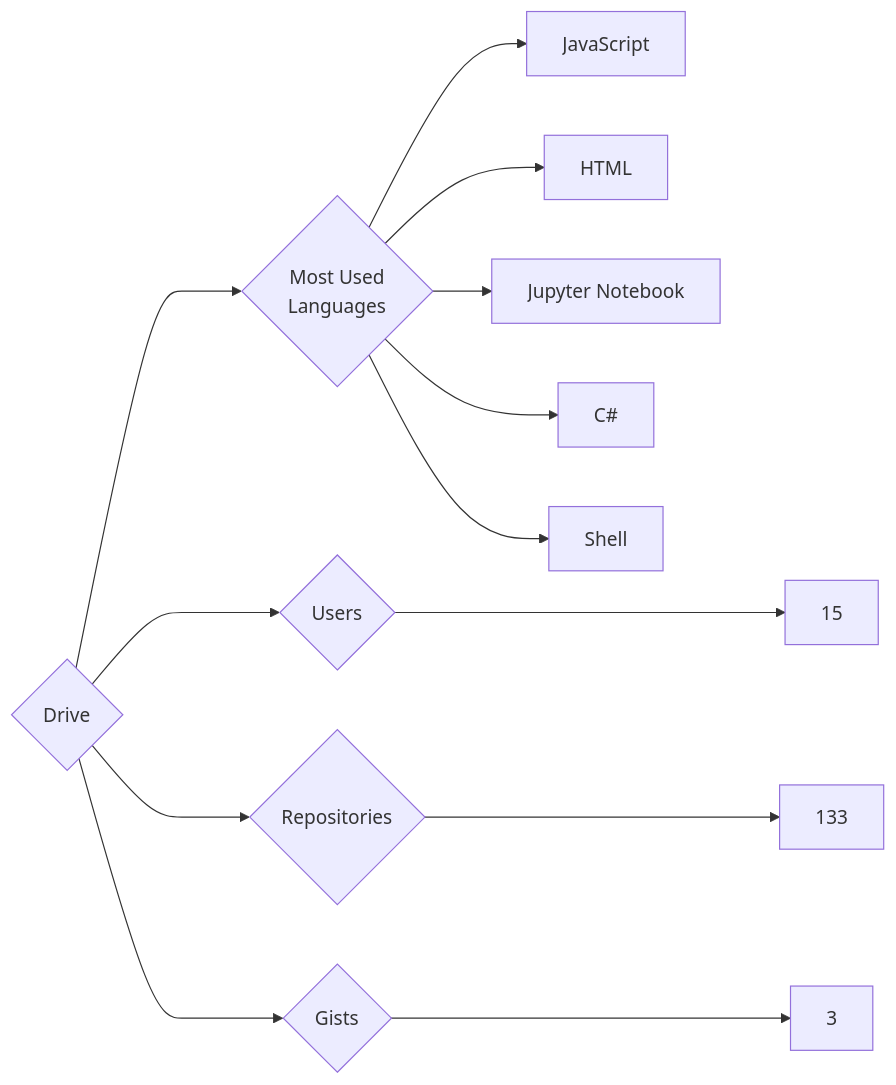
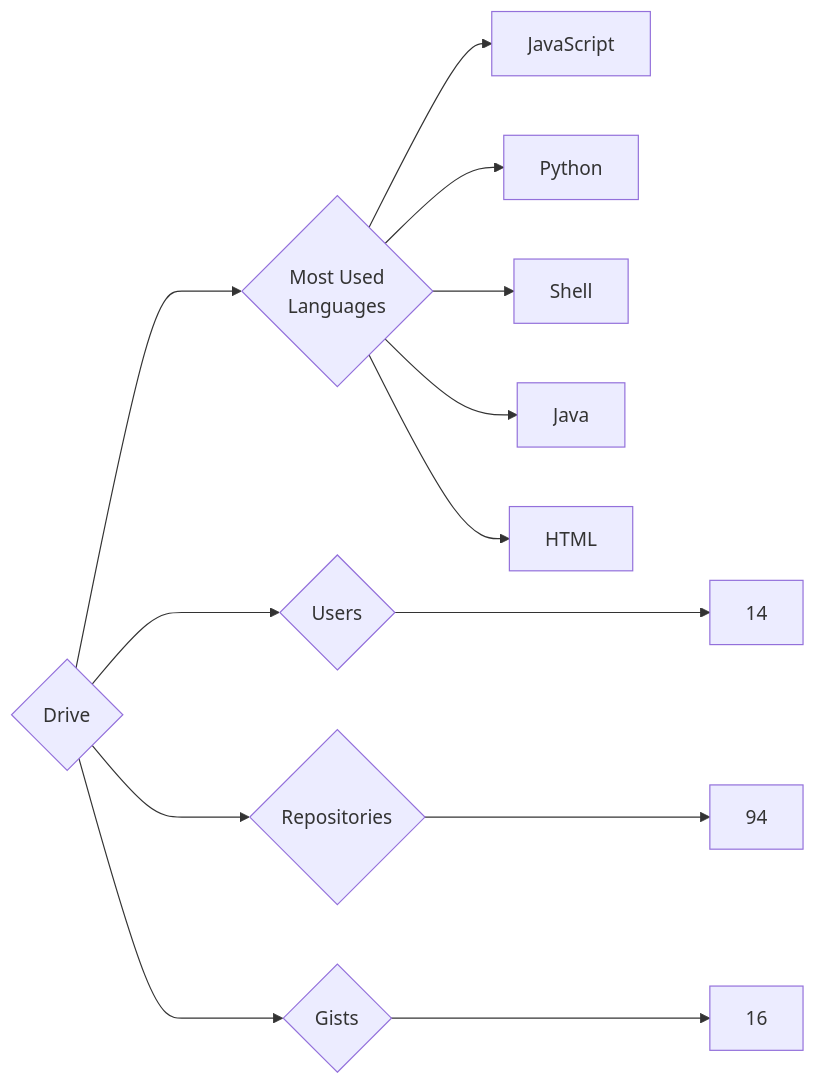
The diagram in targets/Drive/README.md (trickest/insiders), drawn with Mermaid before and after one commit. The commit also changed 614 other files, not shown here.

````diff
--- a/targets/Drive/README.md
+++ b/targets/Drive/README.md
@@ -3,13 +3,13 @@
 ```mermaid
 graph LR
 COMPANY_NAME{Drive}
-COMPANY_NAME ---> U{Users} ---> UN[15]
-COMPANY_NAME ---> R{Repositories} ---> RN[133]
-COMPANY_NAME ---> G{Gists} ---> GN[3]
+COMPANY_NAME ---> U{Users} ---> UN[14]
+COMPANY_NAME ---> R{Repositories} ---> RN[94]
+COMPANY_NAME ---> G{Gists} ---> GN[16]
 COMPANY_NAME ---> ML{Most Used<br>Languages}
 ML --> JavaScript[JavaScript]
+ML --> Python[Python]
+ML --> Shell[Shell]
+ML --> Java[Java]
 ML --> HTML[HTML]
-ML --> Jupyter_Notebook[Jupyter Notebook]
-ML --> C#[C#]
-ML --> Shell[Shell]
 ```
````
